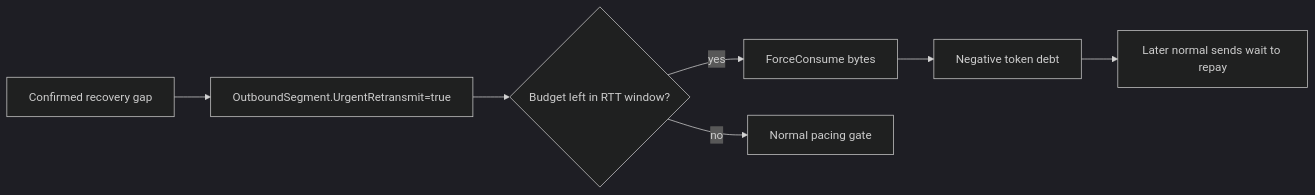
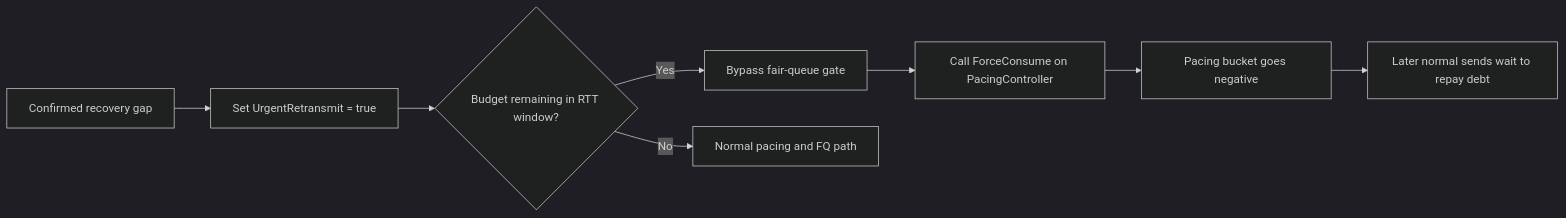
Before and after one commit to liulilittle/ucp: the sixth of 7 diagrams in docs/protocol.md, drawn with Mermaid (dark theme). The commit also changed other lines of this file and 17 other files, not shown here.

````diff
--- a/docs/protocol.md
+++ b/docs/protocol.md
@@ -104,9 +221,10 @@
 ```mermaid
 flowchart LR
-    Gap[Confirmed recovery gap] --> Mark[OutboundSegment.UrgentRetransmit=true]
-    Mark --> Budget{Budget left in RTT window?}
-    Budget -->|yes| Force[ForceConsume bytes]
-    Budget -->|no| Normal[Normal pacing gate]
-    Force --> Debt[Negative token debt]
-    Debt --> Repay[Later normal sends wait to repay]
+    Gap[Confirmed recovery gap] --> Mark[Set UrgentRetransmit = true]
+    Mark --> Budget{Budget remaining in RTT window?}
+    Budget -->|Yes| Bypass[Bypass fair-queue gate]
+    Bypass --> Force[Call ForceConsume on PacingController]
+    Force --> Debt[Pacing bucket goes negative]
+    Debt --> Repay[Later normal sends wait to repay debt]
+    Budget -->|No| Normal[Normal pacing and FQ path]
 ```
````
